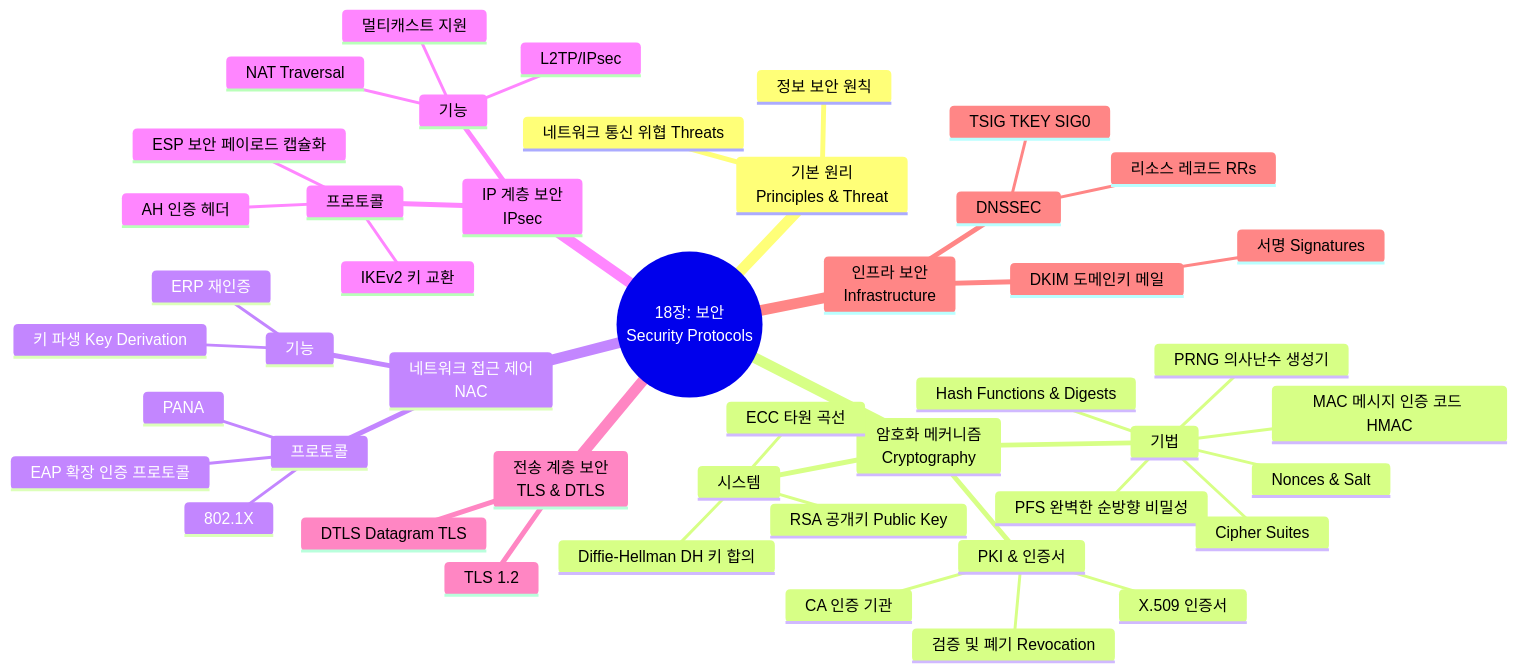
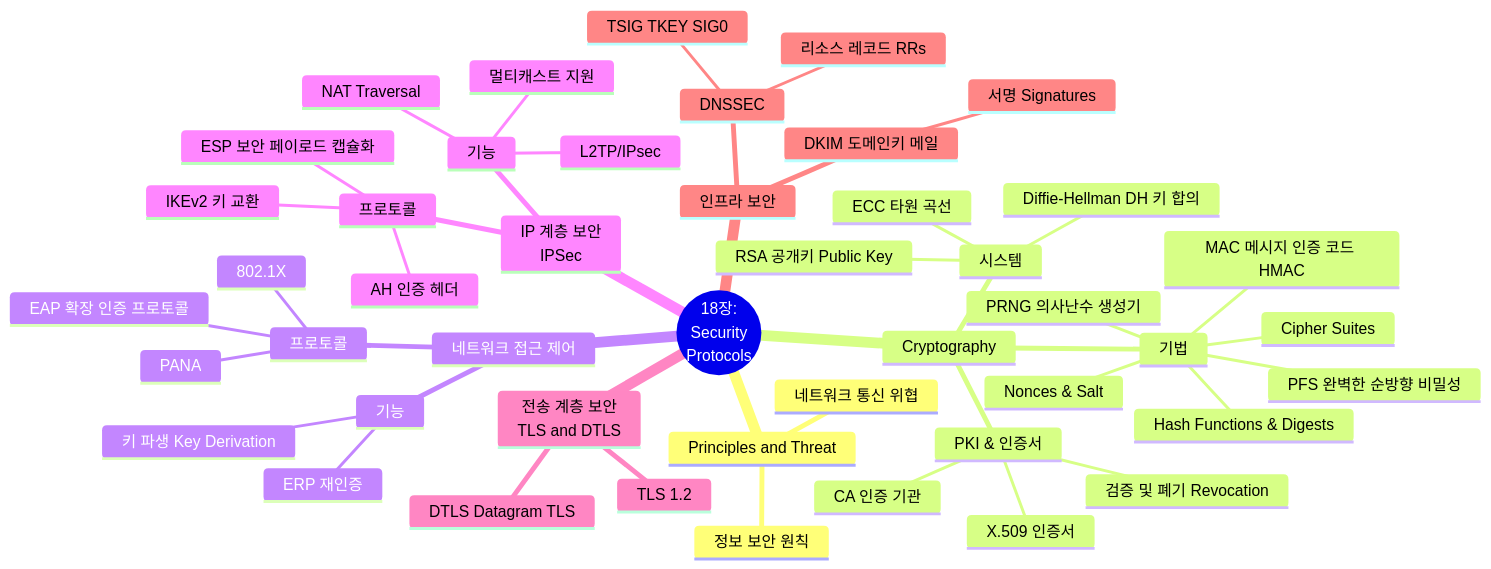
Before and after one commit to youngmin-gwon/what-i-studied: the diagram in 01_inbox/books/tcp_ip_illustrated_1/chapter18.md, drawn with Mermaid. The commit also changed other lines of this file and 6 other files, not shown here.

````diff
--- a/01_inbox/books/tcp_ip_illustrated_1/chapter18.md
+++ b/01_inbox/books/tcp_ip_illustrated_1/chapter18.md
@@ -13,49 +13,49 @@
 ```mermaid
 mindmap
-  root((18장: 보안<br>Security Protocols))
-    기본 원리<br>Principles & Threat
+  root((18장:<br>Security<br>Protocols))
+    Principles and Threat
       정보 보안 원칙
-      네트워크 통신 위협 Threats
-    암호화 메커니즘<br>Cryptography
+      네트워크 통신 위협
+    Cryptography
       시스템
         RSA 공개키 Public Key
         Diffie-Hellman DH 키 합의
         ECC 타원 곡선
       기법
         PFS 완벽한 순방향 비밀성
         PRNG 의사난수 생성기
         Nonces & Salt
         Hash Functions & Digests
         MAC 메시지 인증 코드 HMAC
         Cipher Suites
       PKI & 인증서
         X.509 인증서
         CA 인증 기관
         검증 및 폐기 Revocation
-    네트워크 접근 제어<br>NAC
+    네트워크 접근 제어
       프로토콜
         802.1X
         EAP 확장 인증 프로토콜
         PANA
       기능
         키 파생 Key Derivation
         ERP 재인증
-    IP 계층 보안<br>IPsec
+    IP 계층 보안<br>IPSec
       프로토콜
         IKEv2 키 교환
         AH 인증 헤더
         ESP 보안 페이로드 캡슐화
       기능
         NAT Traversal
         L2TP/IPsec
         멀티캐스트 지원
-    전송 계층 보안<br>TLS & DTLS
+    전송 계층 보안<br>TLS and DTLS
       TLS 1.2
       DTLS Datagram TLS
-    인프라 보안<br>Infrastructure
+    인프라 보안
       DNSSEC
         리소스 레코드 RRs
         TSIG TKEY SIG0
       DKIM 도메인키 메일
         서명 Signatures
 ```
````
